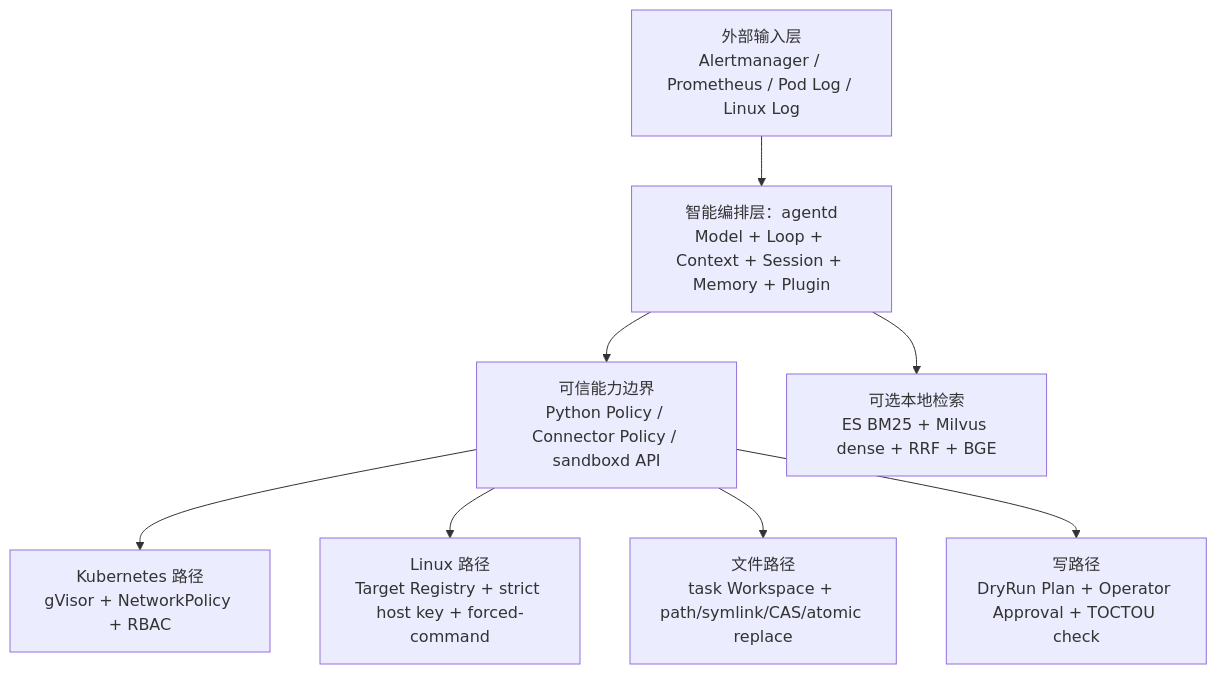
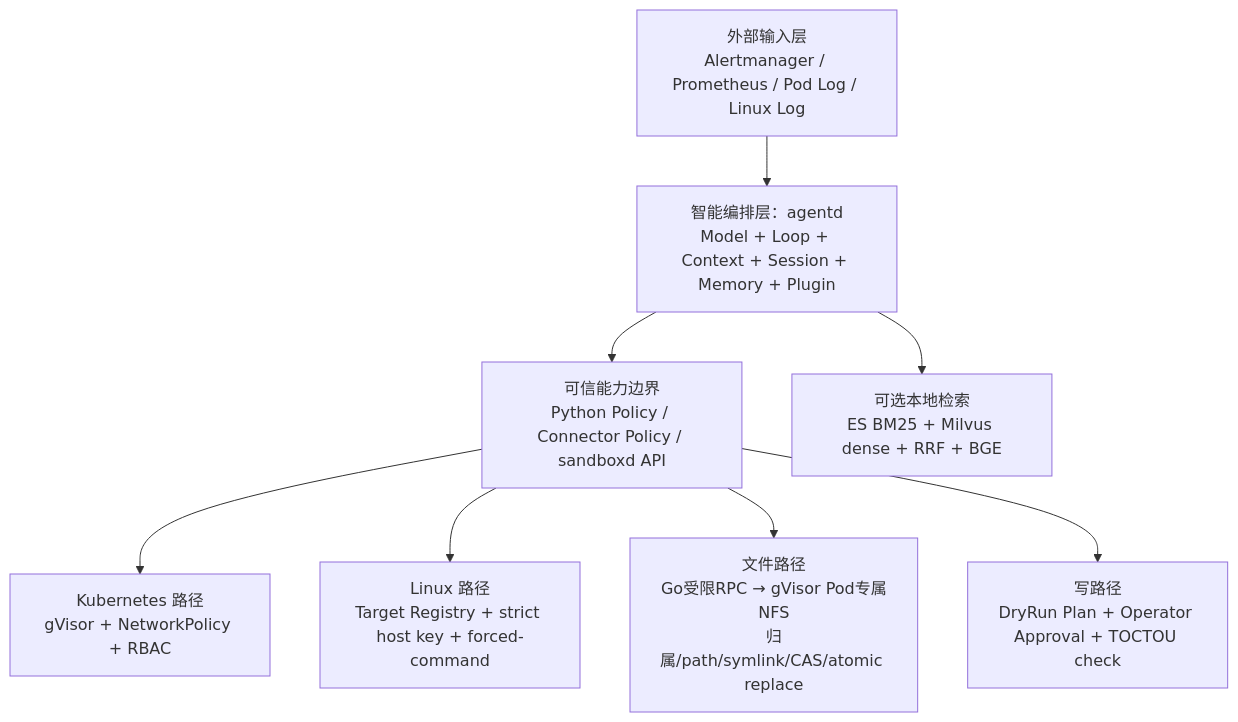
One commit to chx739/sandboxd changed the first of 2 diagrams in docs/24-项目全景与心智模型.md. Above: the diagram before and after it, drawn with Mermaid. The commit also changed other lines of this file and 41 other files, not shown here.

```diff
--- a/docs/24-项目全景与心智模型.md
+++ b/docs/24-项目全景与心智模型.md
@@ -20,11 +22,11 @@
 ~~~mermaid
 flowchart TB
     Input["外部输入层<br/>Alertmanager / Prometheus / Pod Log / Linux Log"] --> Agent
     Agent["智能编排层：agentd<br/>Model + Loop + Context + Session + Memory + Plugin"]
     Agent --> Bound["可信能力边界<br/>Python Policy / Connector Policy / sandboxd API"]
     Bound --> K8s["Kubernetes 路径<br/>gVisor + NetworkPolicy + RBAC"]
     Bound --> SSH["Linux 路径<br/>Target Registry + strict host key + forced-command"]
-    Bound --> File["文件路径<br/>task Workspace + path/symlink/CAS/atomic replace"]
+    Bound --> File["文件路径<br/>Go受限RPC → gVisor Pod专属NFS<br/>归属/path/symlink/CAS/atomic replace"]
     Bound --> Write["写路径<br/>DryRun Plan + Operator Approval + TOCTOU check"]
     Agent --> Rag["可选本地检索<br/>ES BM25 + Milvus dense + RRF + BGE"]
 ~~~
```
